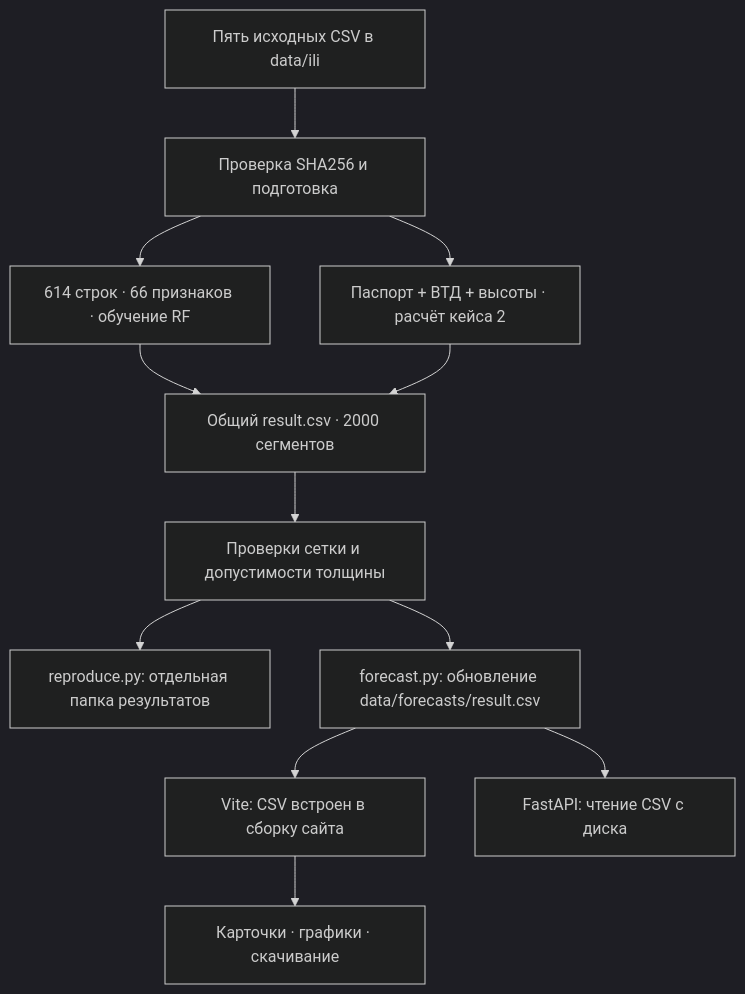
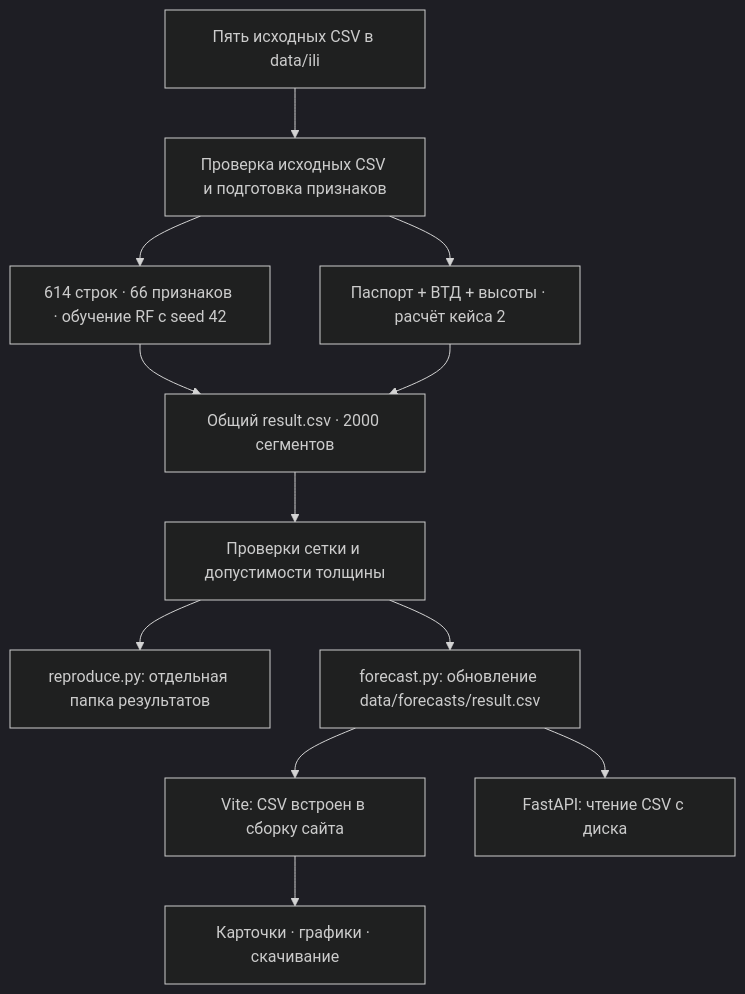
Before and after one commit to alviny11/nedra: the diagram in README.md, drawn with Mermaid (dark theme). The commit also changed other lines of this file, not shown here.

````diff
--- a/README.md
+++ b/README.md
@@ -91,14 +91,14 @@
 ```mermaid
 flowchart TD
-    A[Пять исходных CSV в data/ili] --> B[Проверка SHA256 и подготовка]
-    B --> C[614 строк · 66 признаков · обучение RF]
+    A[Пять исходных CSV в data/ili] --> B[Проверка исходных CSV и подготовка признаков]
+    B --> C[614 строк · 66 признаков · обучение RF с seed 42]
     B --> D[Паспорт + ВТД + высоты · расчёт кейса 2]
     C --> E[Общий result.csv · 2000 сегментов]
     D --> E
     E --> F[Проверки сетки и допустимости толщины]
     F --> G[reproduce.py: отдельная папка результатов]
     F --> H[forecast.py: обновление data/forecasts/result.csv]
     H --> I[Vite: CSV встроен в сборку сайта]
     H --> J[FastAPI: чтение CSV с диска]
     I --> K[Карточки · графики · скачивание]
 ```
````
